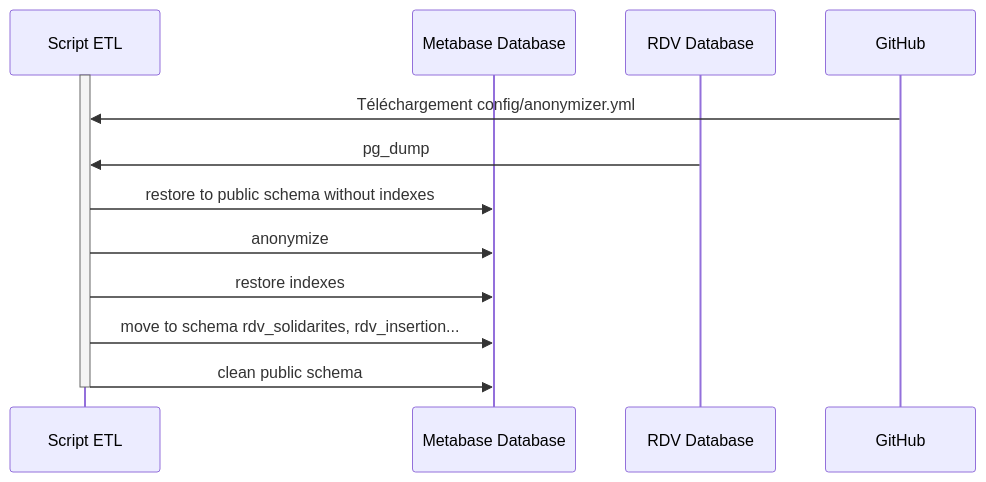
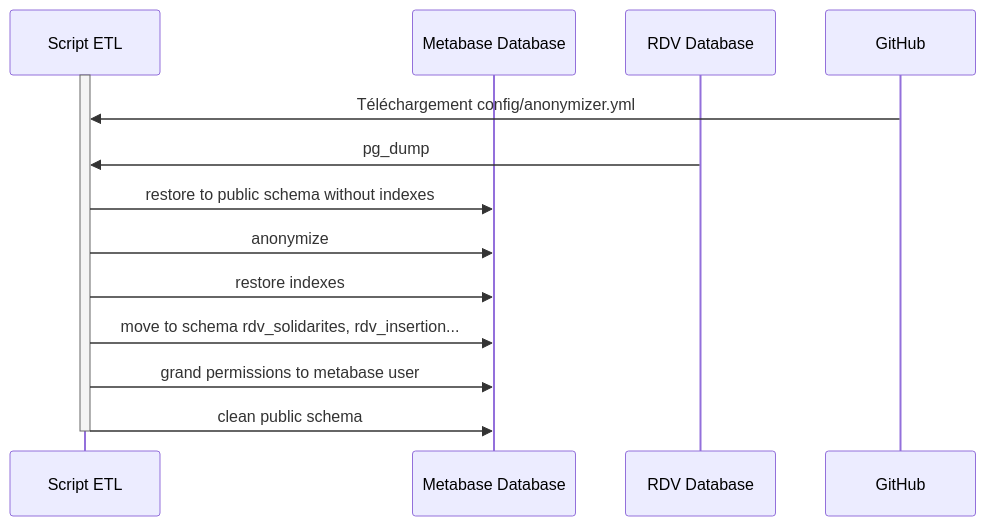
Before and after one commit to betagouv/rdv-service-public-etl: the diagram in README.md, drawn with Mermaid. The commit also changed 5 other files, not shown here.

````diff
--- a/README.md
+++ b/README.md
@@ -5,15 +5,16 @@
 ```mermaid
 sequenceDiagram
     participant ETL as Script ETL
     participant DB_ETL as Metabase Database
     participant DB_RDV as RDV Database
     activate ETL
     GitHub->>ETL: Téléchargement config/anonymizer.yml
     DB_RDV->>ETL: pg_dump
     ETL->>DB_ETL: restore to public schema without indexes
     ETL->>DB_ETL: anonymize
     ETL->>DB_ETL: restore indexes
     ETL->>DB_ETL: move to schema rdv_solidarites, rdv_insertion...
+    ETL->>DB_ETL: grand permissions to metabase user
     ETL->>DB_ETL: clean public schema
     deactivate ETL
 ```
````
